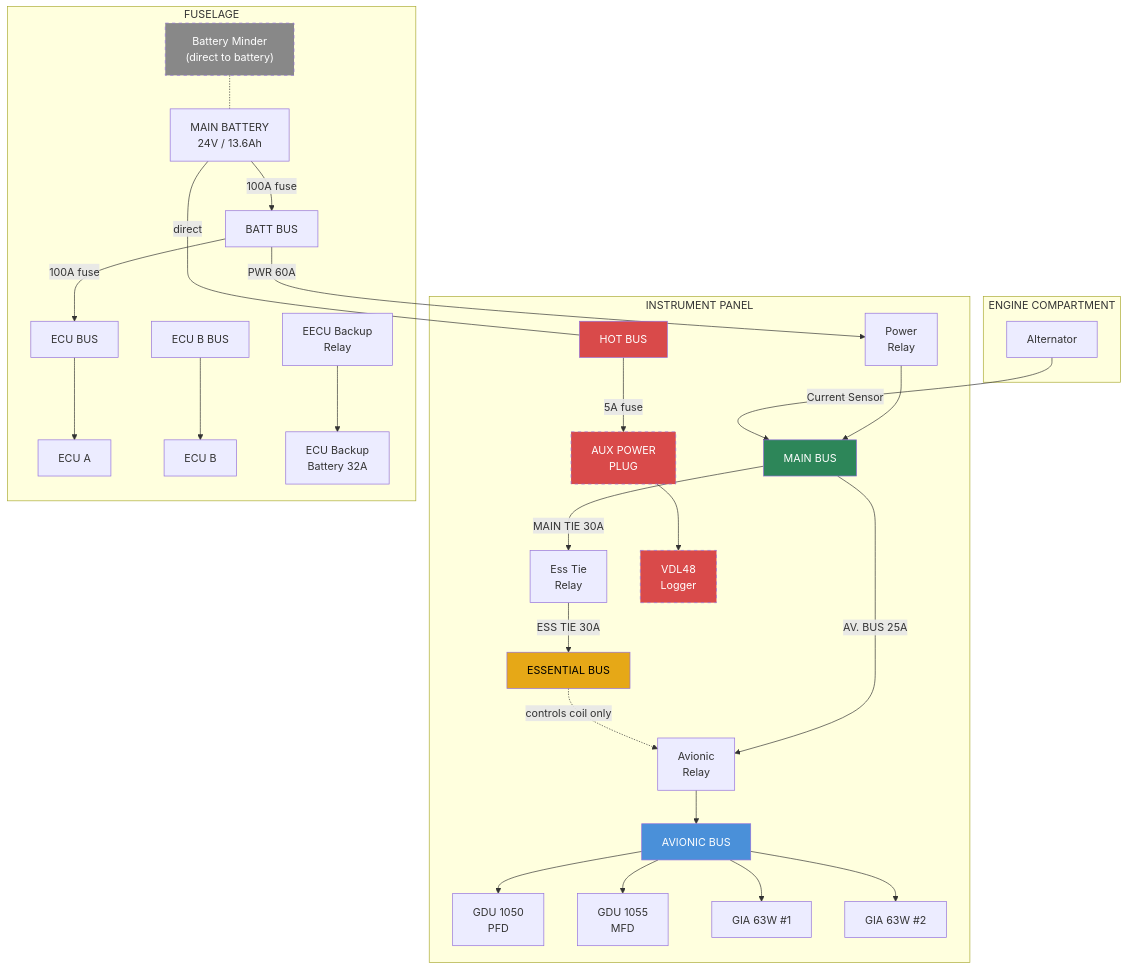
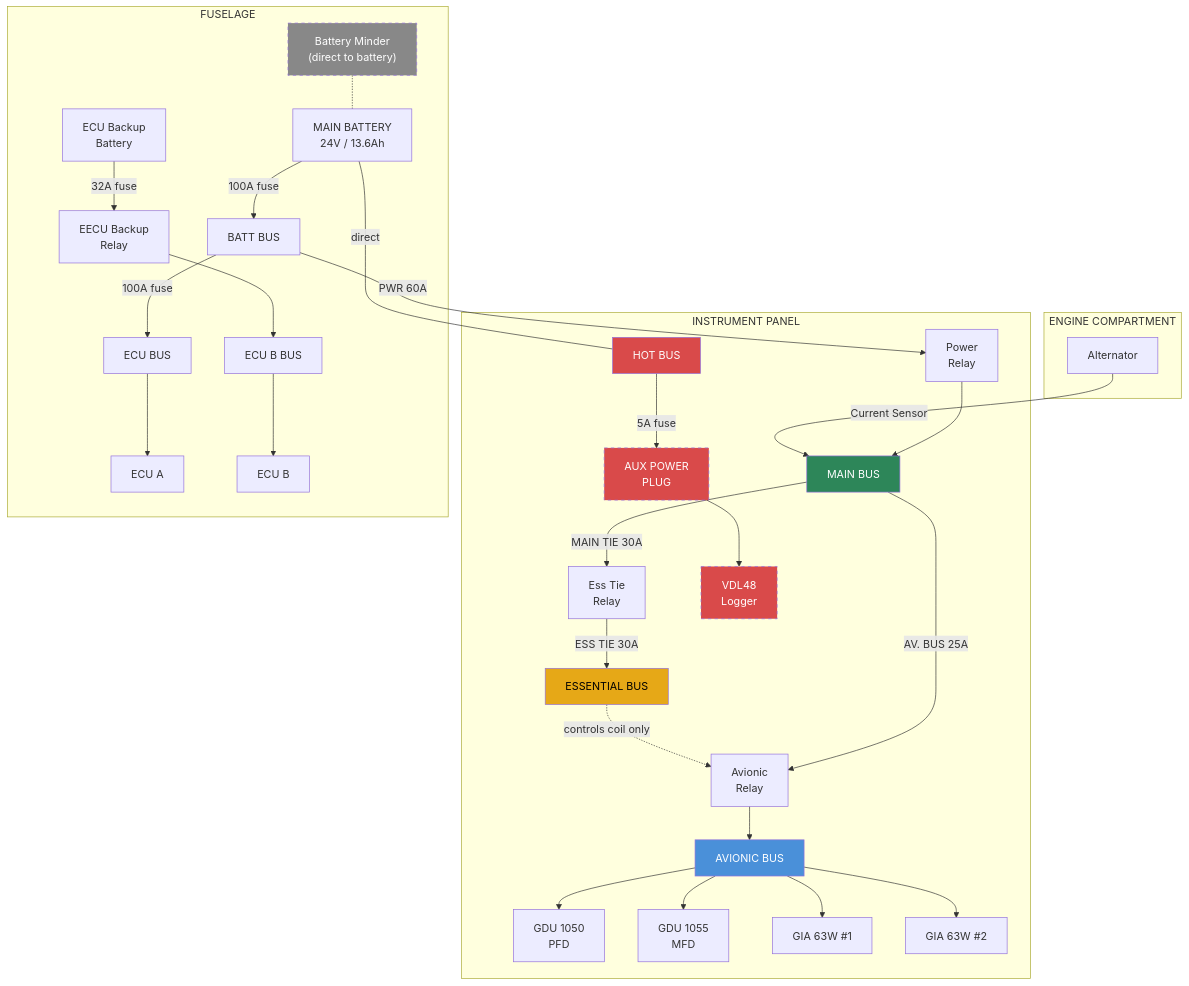
The first of 3 diagrams in README.md (ingramleedy/volts), drawn with Mermaid before and after one commit.

Commit message:
Fix ECU B BUS connections in Mermaid diagram
ECU Backup Battery feeds through 32A fuse to EECU Backup Relay,
which feeds the ECU B BUS, which powers ECU B. Previously these
components were disconnected from each other.

````diff
--- a/README.md
+++ b/README.md
@@ -112,40 +112,41 @@
 ```mermaid
 flowchart TB
     subgraph IP["INSTRUMENT PANEL"]
         AVRELAY["Avionic\nRelay"] --> AVBUS["AVIONIC BUS"]
         PWRRELAY["Power\nRelay"] --> MAINBUS["MAIN BUS"]
         MAINBUS -->|"AV. BUS 25A"| AVRELAY
         MAINBUS -->|"MAIN TIE 30A"| ESSTIE["Ess Tie\nRelay"]
         ESSTIE -->|"ESS TIE 30A"| ESSBUS["ESSENTIAL BUS"]
         ESSBUS -.->|"controls coil only"| AVRELAY
         AVBUS --> GDU1050["GDU 1050\nPFD"]
         AVBUS --> GDU1055["GDU 1055\nMFD"]
         AVBUS --> GIA1["GIA 63W #1"]
         AVBUS --> GIA2["GIA 63W #2"]
         HOTBUS["HOT BUS"] -->|5A fuse| AUXPLUG["AUX POWER\nPLUG"]
         AUXPLUG --> VDL48["VDL48\nLogger"]
     end
 
     subgraph EC["ENGINE COMPARTMENT"]
         ALT["Alternator"] -->|Current Sensor| MAINBUS
     end
 
     subgraph FUS["FUSELAGE"]
         BAT["MAIN BATTERY\n24V / 13.6Ah"] -->|100A fuse| BATTBUS["BATT BUS"]
         BAT ---|direct| HOTBUS
         BATTBUS -->|"PWR 60A"| PWRRELAY
         BATTBUS -->|100A fuse| ECUBUS["ECU BUS"]
         ECUBUS --> ECUA["ECU A"]
-        ECUBBUS["ECU B BUS"] --> ECUB["ECU B"]
-        ECUBACKUP["EECU Backup\nRelay"] --> ECUBKBAT["ECU Backup\nBattery 32A"]
+        ECUBKBAT["ECU Backup\nBattery"] -->|32A fuse| ECUBACKUP["EECU Backup\nRelay"]
+        ECUBACKUP --> ECUBBUS["ECU B BUS"]
+        ECUBBUS --> ECUB["ECU B"]
         BATMINDER["Battery Minder\n(direct to battery)"] -.- BAT
     end
 
     style AVBUS fill:#4a90d9,color:#fff
     style ESSBUS fill:#e6a817,color:#000
     style MAINBUS fill:#2d8659,color:#fff
     style HOTBUS fill:#d94a4a,color:#fff
     style AUXPLUG fill:#d94a4a,color:#fff,stroke-dasharray: 5 5
     style VDL48 fill:#d94a4a,color:#fff,stroke-dasharray: 5 5
     style BATMINDER fill:#888,color:#fff,stroke-dasharray: 5 5
 ```
````
